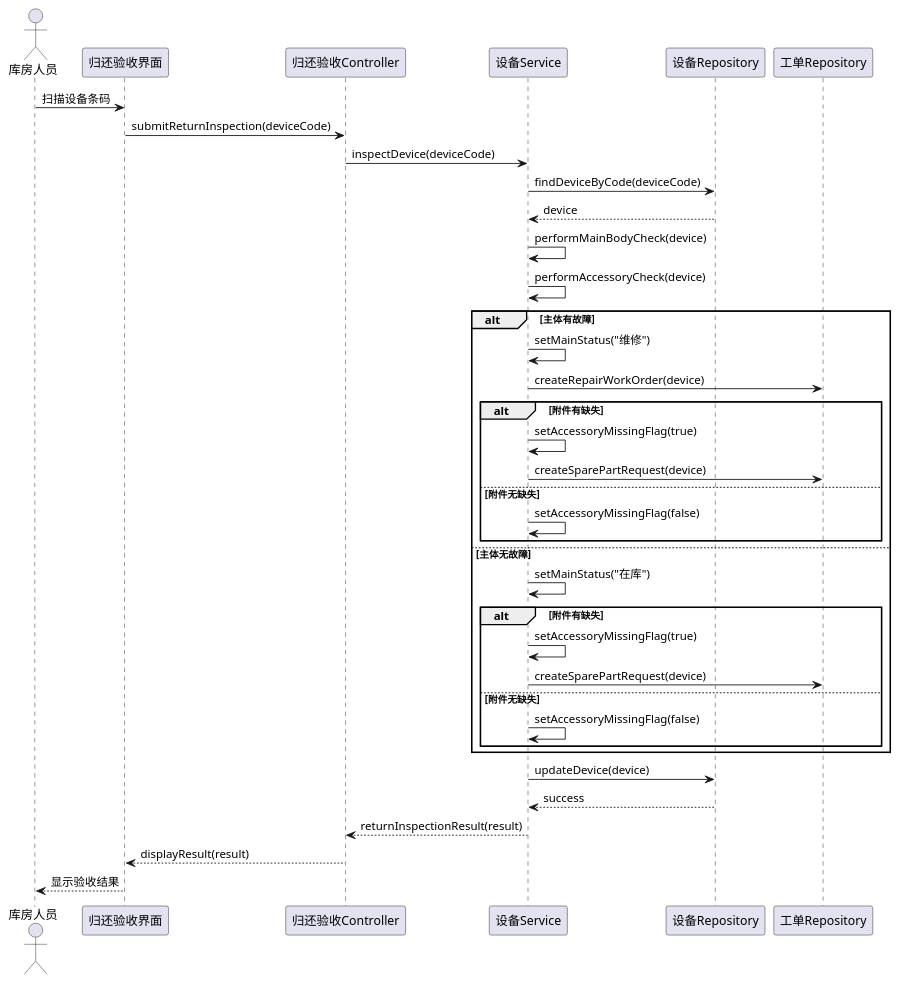
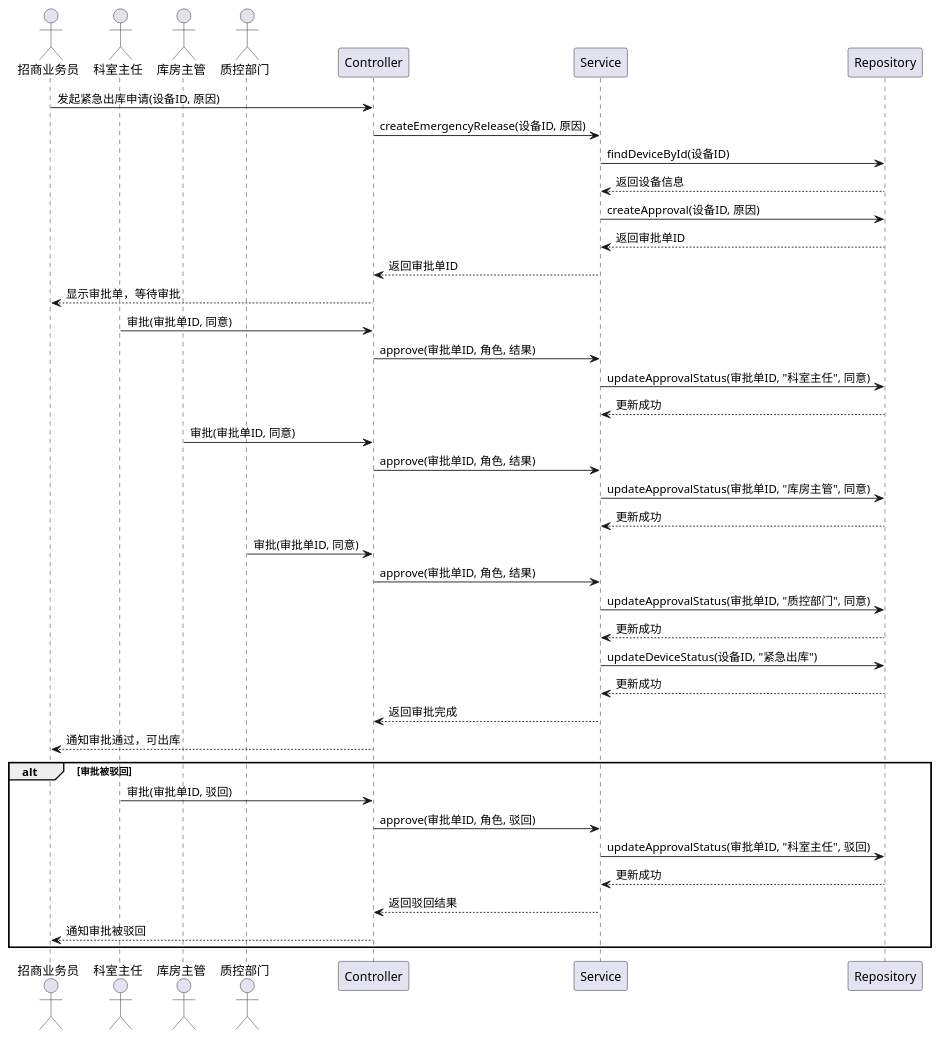
The fourth of 5 diagrams in .claude/knowledge-base/wiki/summaries/行为模型图-20260626-v4.puml (JiangHuanzhen/medical-device-rental-system), drawn with PlantUML before and after one commit. The commit also changed other lines of this file and 223 other files, not shown here.

```diff
--- a/.claude/knowledge-base/wiki/summaries/行为模型图-20260626-v4.puml
+++ b/.claude/knowledge-base/wiki/summaries/行为模型图-20260626-v4.puml
@@ -124,42 +159,49 @@
 @startuml
-actor 库房人员 as WH
-participant "归还验收界面" as UI
-participant "归还验收Controller" as Controller
-participant "设备Service" as Service
-participant "设备Repository" as Repository
-participant "工单Repository" as WO_Repo
+actor "招商业务员" as Sales
+actor "科室主任" as Director
+actor "库房主管" as Manager
+actor "质控部门" as QC
+participant "Controller" as Ctrl
+participant "Service" as Svc
+participant "Repository" as Repo
 
-WH -> UI: 扫描设备条码
-UI -> Controller: submitReturnInspection(deviceCode)
-Controller -> Service: inspectDevice(deviceCode)
-Service -> Repository: findDeviceByCode(deviceCode)
-Repository --> Service: device
-Service -> Service: performMainBodyCheck(device)
-Service -> Service: performAccessoryCheck(device)
+Sales -> Ctrl: 发起紧急出库申请(设备ID, 原因)
+Ctrl -> Svc: createEmergencyRelease(设备ID, 原因)
+Svc -> Repo: findDeviceById(设备ID)
+Repo --> Svc: 返回设备信息
+Svc -> Repo: createApproval(设备ID, 原因)
+Repo --> Svc: 返回审批单ID
+Svc --> Ctrl: 返回审批单ID
+Ctrl --> Sales: 显示审批单，等待审批
 
-alt 主体有故障
-  Service -> Service: setMainStatus("维修")
-  Service -> WO_Repo: createRepairWorkOrder(device)
-  alt 附件有缺失
-    Service -> Service: setAccessoryMissingFlag(true)
-    Service -> WO_Repo: createSparePartRequest(device)
-  else 附件无缺失
-    Service -> Service: setAccessoryMissingFlag(false)
-  end
-else 主体无故障
-  Service -> Service: setMainStatus("在库")
-  alt 附件有缺失
-    Service -> Service: setAccessoryMissingFlag(true)
-    Service -> WO_Repo: createSparePartRequest(device)
-  else 附件无缺失
-    Service -> Service: setAccessoryMissingFlag(false)
-  end
+Director -> Ctrl: 审批(审批单ID, 同意)
+Ctrl -> Svc: approve(审批单ID, 角色, 结果)
+Svc -> Repo: updateApprovalStatus(审批单ID, "科室主任", 同意)
+Repo --> Svc: 更新成功
+
+Manager -> Ctrl: 审批(审批单ID, 同意)
+Ctrl -> Svc: approve(审批单ID, 角色, 结果)
+Svc -> Repo: updateApprovalStatus(审批单ID, "库房主管", 同意)
+Repo --> Svc: 更新成功
+
+QC -> Ctrl: 审批(审批单ID, 同意)
+Ctrl -> Svc: approve(审批单ID, 角色, 结果)
+Svc -> Repo: updateApprovalStatus(审批单ID, "质控部门", 同意)
+Repo --> Svc: 更新成功
+
+Svc -> Repo: updateDeviceStatus(设备ID, "紧急出库")
+Repo --> Svc: 更新成功
+Svc --> Ctrl: 返回审批完成
+Ctrl --> Sales: 通知审批通过，可出库
+
+alt 审批被驳回
+  Director -> Ctrl: 审批(审批单ID, 驳回)
+  Ctrl -> Svc: approve(审批单ID, 角色, 驳回)
+  Svc -> Repo: updateApprovalStatus(审批单ID, "科室主任", 驳回)
+  Repo --> Svc: 更新成功
+  Svc --> Ctrl: 返回驳回结果
+  Ctrl --> Sales: 通知审批被驳回
 end
 
-Service -> Repository: updateDevice(device)
-Repository --> Service: success
-Service --> Controller: returnInspectionResult(result)
-Controller --> UI: displayResult(result)
-UI --> WH: 显示验收结果
 
 @enduml
```
